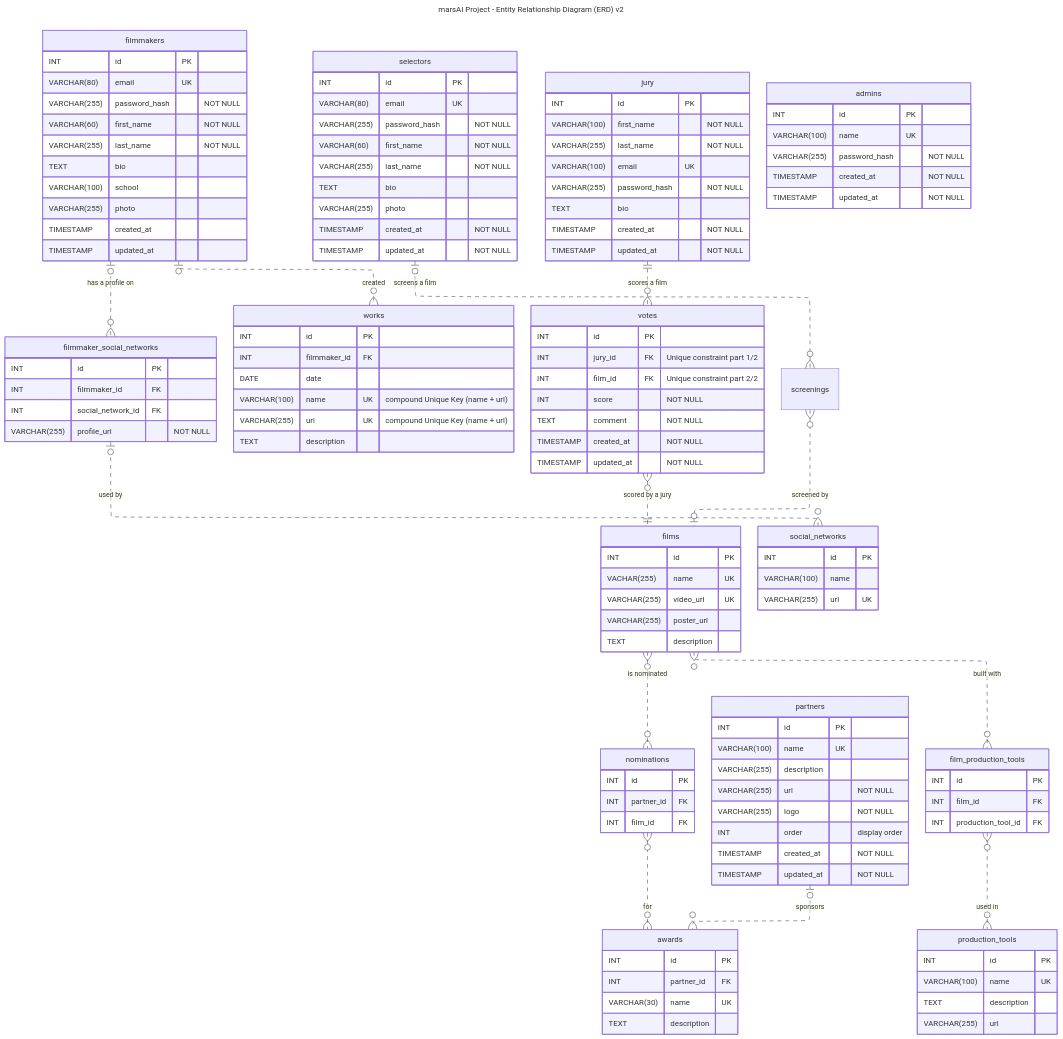
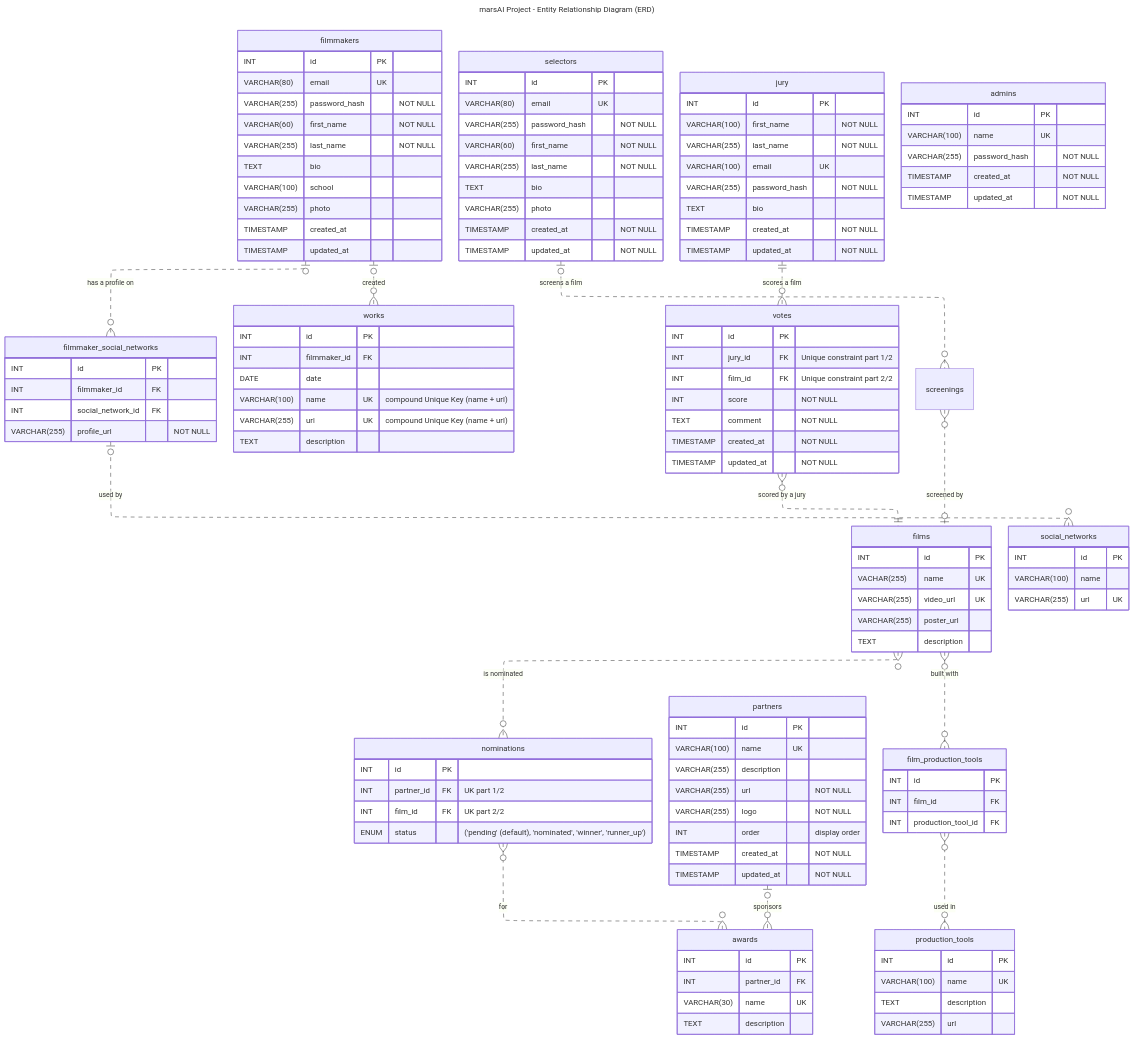
The first of 2 diagrams in README.md (ebouchut/mars-ai-project), drawn with Mermaid before and after one commit. The commit also changed other lines of this file, not shown here.

````diff
--- a/README.md
+++ b/README.md
@@ -144,6 +144,6 @@
 ```mermaid
 ---
-title: marsAI Project - Entity Relationship Diagram (ERD) v2
+title: marsAI Project - Entity Relationship Diagram (ERD)
 config:
     layout: elk
 ---
@@ -158,8 +158,10 @@
     nominations {
       INT             id           PK
 
-      INT             partner_id   FK
-      INT             film_id      FK
+      INT             partner_id   FK "UK part 1/2"
+      INT             film_id      FK "UK part 2/2"
+
+      ENUM            status          "('pending' (default), 'nominated', 'winner', 'runner_up')"
     }
     awards {
       INT             id           PK
@@ -174,7 +176,7 @@
         VARCHAR(60)   first_name        "NOT NULL"
         VARCHAR(255)  last_name          "NOT NULL"
         TEXT          bio
-        VARCHAR(100)   school
+        VARCHAR(100)  school
         VARCHAR(255)  photo
         TIMESTAMP     created_at
         TIMESTAMP     updated_at
@@ -212,11 +214,11 @@
     }
     jury {
         INT           id            PK
-        VARCHAR(100) first_name         "NOT NULL"
-        VARCHAR(255) last_name          "NOT NULL"
-        VARCHAR(100) email          UK
-        VARCHAR(255) password_hash      "NOT NULL"
-        TEXT         bio
+        VARCHAR(100)  first_name         "NOT NULL"
+        VARCHAR(255)  last_name          "NOT NULL"
+        VARCHAR(100)  email          UK
+        VARCHAR(255)  password_hash      "NOT NULL"
+        TEXT          bio
         TIMESTAMP     created_at        "NOT NULL"
         TIMESTAMP     updated_at        "NOT NULL"
     }
@@ -277,6 +279,6 @@
 
     partners    o|..}o awards         : "sponsors"
 
-    films          o{..}o film_production_tools   : "built with"
+    films                 o{..}o film_production_tools   : "built with"
     film_production_tools o{..}o production_tools : "used in"
 ```
````
